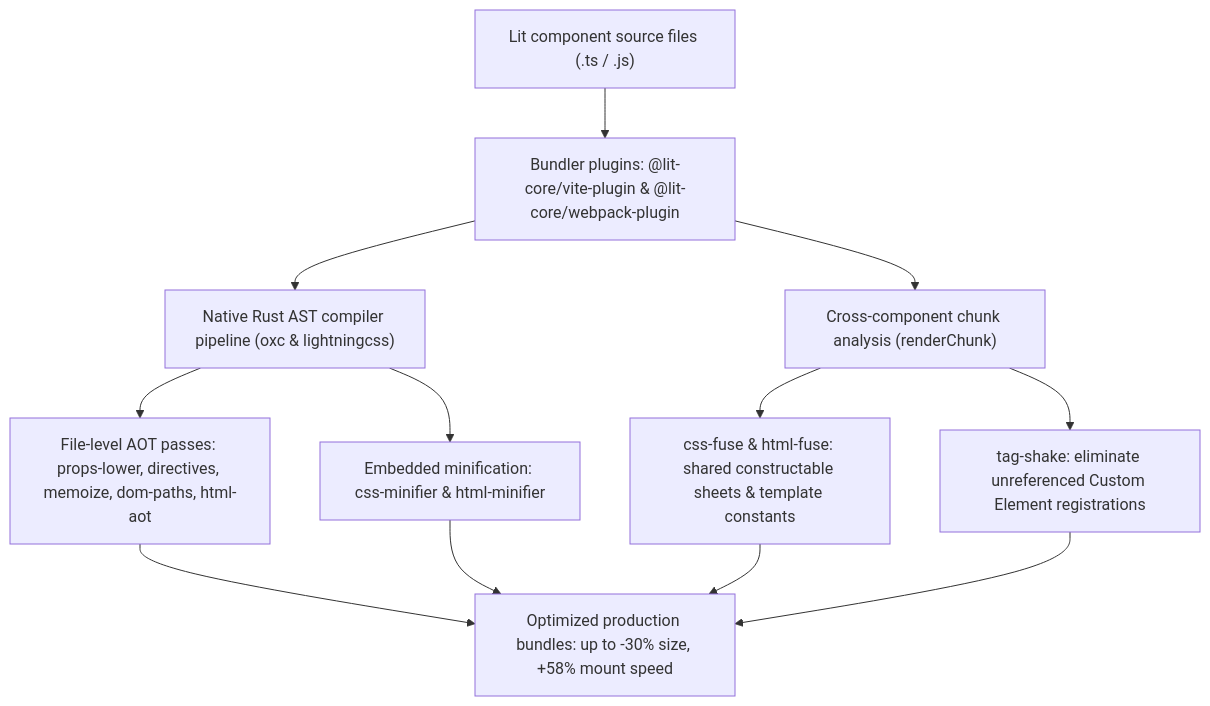
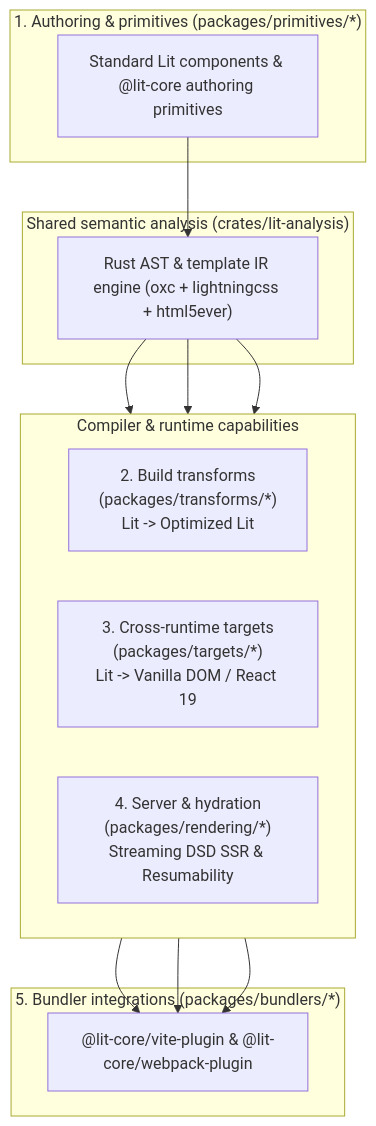
One commit to lit-core/core changed the diagram in README.md. Above: the diagram before and after it, drawn with Mermaid. The commit also changed other lines of this file and 1005 other files, not shown here.

````diff
--- a/README.md
+++ b/README.md
@@ -33,11 +22,25 @@
 ```mermaid
 flowchart TD
-    A["Lit component source files (.ts / .js)"] --> B["Bundler plugins: @lit-core/vite-plugin & @lit-core/webpack-plugin"]
-    B --> C["Native Rust AST compiler pipeline (oxc & lightningcss)"]
-    C --> D["File-level AOT passes: props-lower, directives, memoize, dom-paths, html-aot"]
-    C --> E["Embedded minification: css-minifier & html-minifier"]
-    B --> F["Cross-component chunk analysis (renderChunk)"]
-    F --> G["css-fuse & html-fuse: shared constructable sheets & template constants"]
-    F --> H["tag-shake: eliminate unreferenced Custom Element registrations"]
-    D & E & G & H --> I["Optimized production bundles: up to -30% size, +58% mount speed"]
+    subgraph Authoring["1. Authoring & primitives (packages/primitives/*)"]
+        A["Standard Lit components & @lit-core authoring primitives"]
+    end
+
+    subgraph Core["Shared semantic analysis (crates/lit-analysis)"]
+        B["Rust AST & template IR engine (oxc + lightningcss + html5ever)"]
+    end
+
+    subgraph Capabilities["Compiler & runtime capabilities"]
+        direction LR
+        C["2. Build transforms\n(packages/transforms/*)\nLit -> Optimized Lit"]
+        D["3. Cross-runtime targets\n(packages/targets/*)\nLit -> Vanilla DOM / React 19"]
+        E["4. Server & hydration\n(packages/rendering/*)\nStreaming DSD SSR & Resumability"]
+    end
+
+    subgraph Orchestration["5. Bundler integrations (packages/bundlers/*)"]
+        F["@lit-core/vite-plugin & @lit-core/webpack-plugin"]
+    end
+
+    A --> B
+    B --> C & D & E
+    C & D & E --> F
 ```
````
